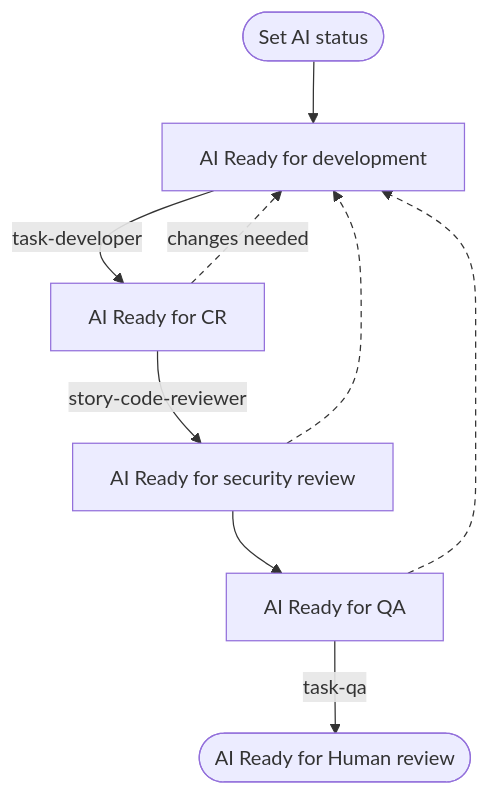
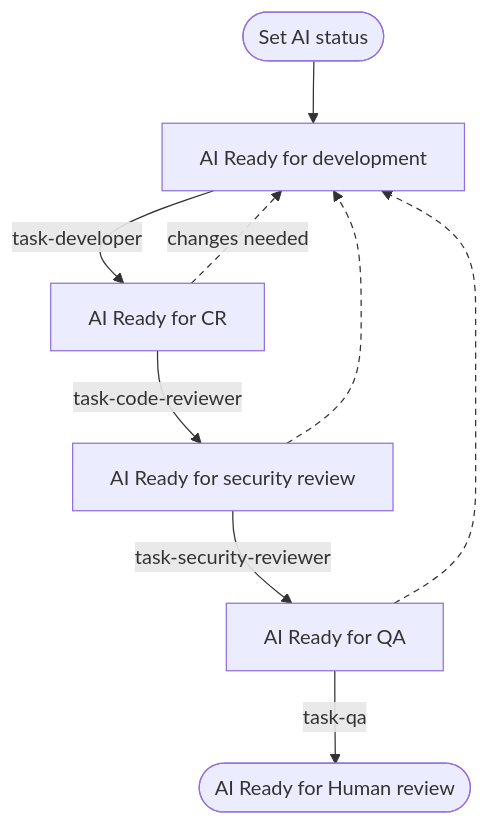
The second of 2 diagrams in docs/docs/tutorials/working-on-tasks-in-jira.mdx (fusebase-dev/codee), drawn with Mermaid before and after one commit. The commit also changed other lines of this file and 13 other files, not shown here.

````diff
--- a/docs/docs/tutorials/working-on-tasks-in-jira.mdx
+++ b/docs/docs/tutorials/working-on-tasks-in-jira.mdx
@@ -372,15 +372,15 @@
 ```mermaid
 flowchart TD
     start([Set AI status]) --> dev[AI Ready for development]
     dev -->|task-developer| cr[AI Ready for CR]
-    cr -->|story-code-reviewer| sec[AI Ready for security review]
-    sec --> qa[AI Ready for QA]
+    cr -->|task-code-reviewer| sec[AI Ready for security review]
+    sec -->|task-security-reviewer| qa[AI Ready for QA]
     qa -->|task-qa| done([AI Ready for Human review])
     cr -.->|changes needed| dev
     sec -.-> dev
     qa -.-> dev
 
     class start,done human
     class dev,cr,sec,qa codee
     linkStyle 5,6,7 stroke-dasharray: 5 4
 ```
````
